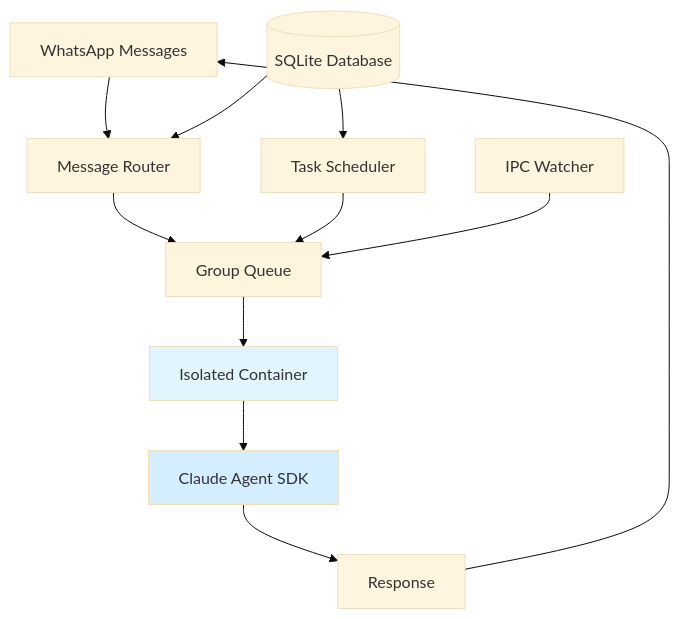
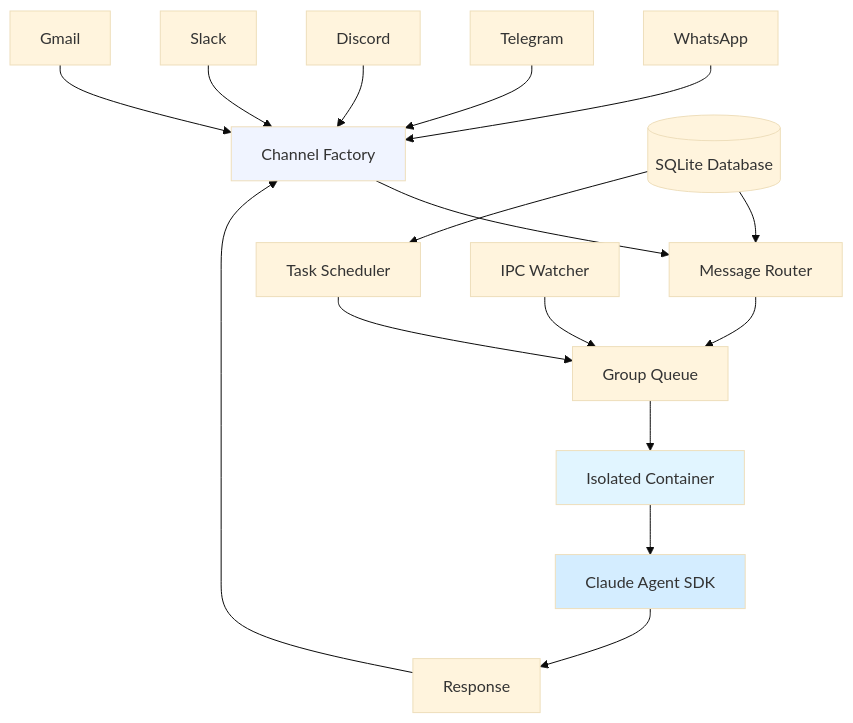
The first of 3 diagrams in concepts/architecture.mdx (glifocat/nanoclaw-docs), drawn with Mermaid (base theme) before and after one commit. The commit also changed other lines of this file and 4 other files, not shown here.

````diff
--- a/concepts/architecture.mdx
+++ b/concepts/architecture.mdx
@@ -12,18 +12,24 @@
 ```mermaid
 graph TB
-    WA[WhatsApp Messages] --> Router[Message Router]
+    WA[WhatsApp] --> CF[Channel Factory]
+    TG[Telegram] --> CF
+    DC[Discord] --> CF
+    SL[Slack] --> CF
+    GM[Gmail] --> CF
+    CF --> Router[Message Router]
     Router --> Queue[Group Queue]
     Queue --> Container[Isolated Container]
     Container --> Agent[Claude Agent SDK]
     Agent --> Response[Response]
-    Response --> WA
-    
+    Response --> CF
+
     Scheduler[Task Scheduler] --> Queue
     IPC[IPC Watcher] --> Queue
-    
+
     DB[(SQLite Database)] --> Router
     DB --> Scheduler
-    
+
     style Container fill:#e1f5ff
     style Agent fill:#d4edff
+    style CF fill:#f0f4ff
 ```
````
